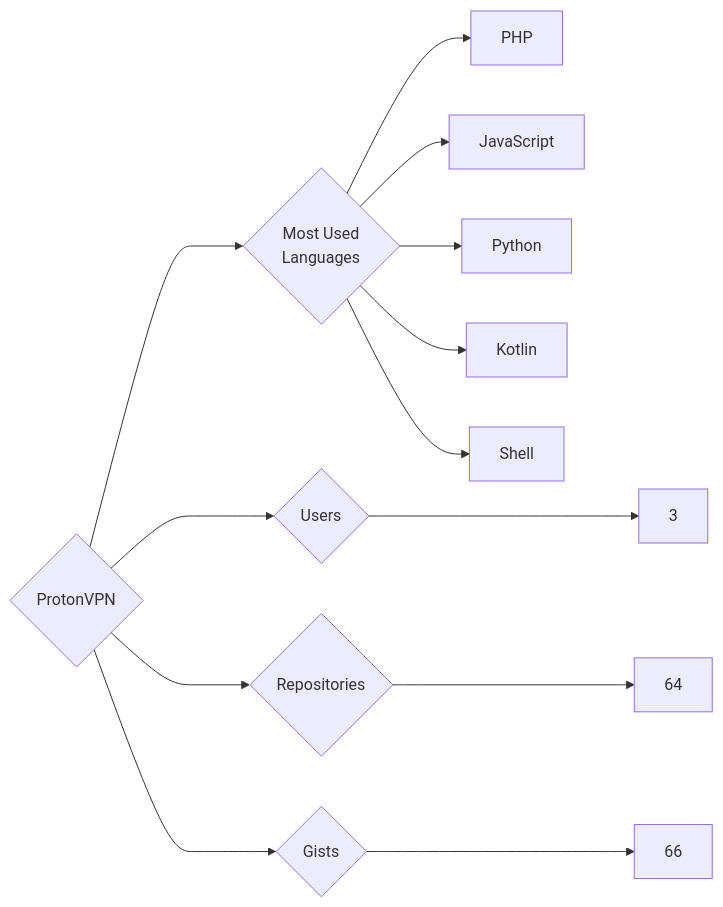
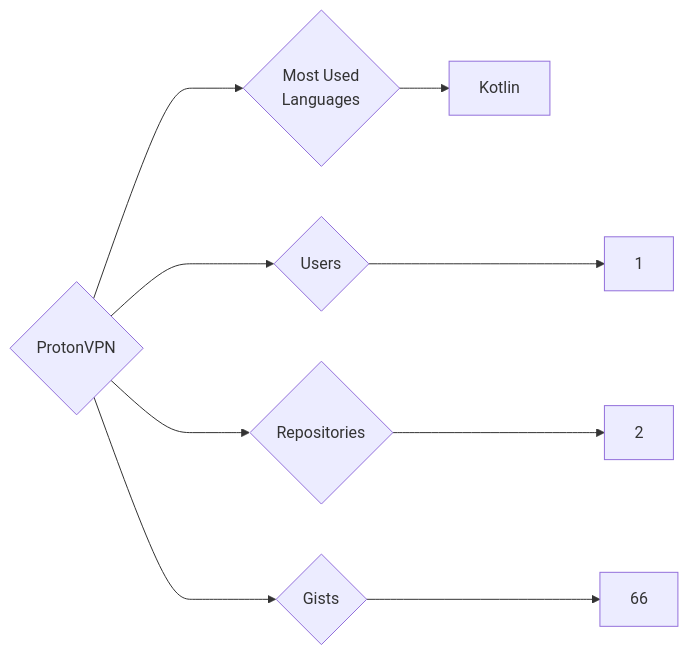
One commit to trickest/insiders changed the diagram in targets/ProtonVPN/README.md. Above: the diagram before and after it, drawn with Mermaid. The commit also changed 582 other files, not shown here.

````diff
--- a/targets/ProtonVPN/README.md
+++ b/targets/ProtonVPN/README.md
@@ -3,13 +3,9 @@
 ```mermaid
 graph LR
 COMPANY_NAME{ProtonVPN}
-COMPANY_NAME ---> U{Users} ---> UN[3]
-COMPANY_NAME ---> R{Repositories} ---> RN[64]
+COMPANY_NAME ---> U{Users} ---> UN[1]
+COMPANY_NAME ---> R{Repositories} ---> RN[2]
 COMPANY_NAME ---> G{Gists} ---> GN[66]
 COMPANY_NAME ---> ML{Most Used<br>Languages}
-ML --> PHP[PHP]
-ML --> JavaScript[JavaScript]
-ML --> Python[Python]
 ML --> Kotlin[Kotlin]
-ML --> Shell[Shell]
 ```
````
